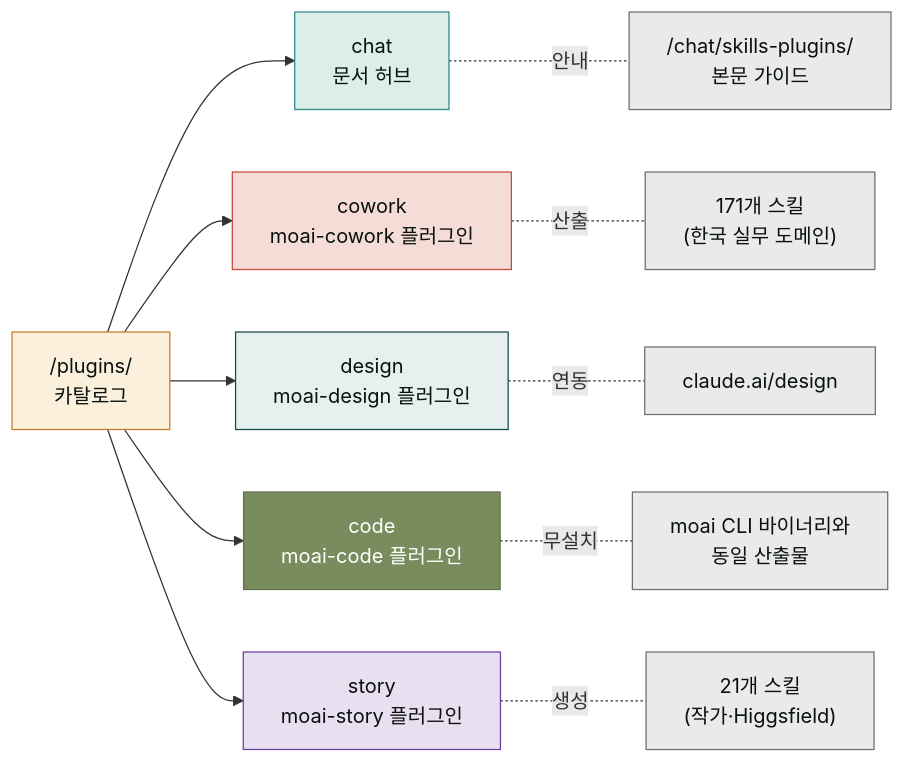
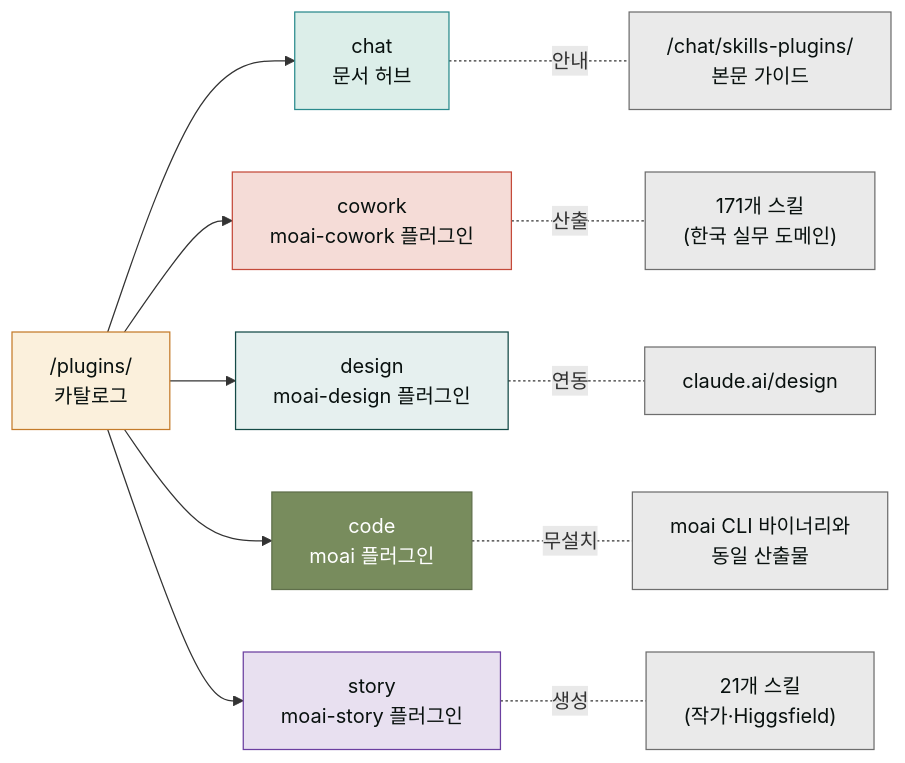
Before and after one commit to modu-ai/claude: the diagram in www/content/plugins/_index.md, drawn with Mermaid. The commit also changed other lines of this file and 31 other files, not shown here.

````diff
--- a/www/content/plugins/_index.md
+++ b/www/content/plugins/_index.md
@@ -17,26 +17,26 @@
 ```mermaid
 flowchart LR
     Root["/plugins/<br/>카탈로그"] --> Chat["chat<br/>문서 허브"]
     Root --> Cowork["cowork<br/>moai-cowork 플러그인"]
     Root --> Design["design<br/>moai-design 플러그인"]
-    Root --> Code["code<br/>moai-code 플러그인"]
+    Root --> Code["code<br/>moai 플러그인"]
     Root --> Story["story<br/>moai-story 플러그인"]
 
     Chat -. 안내 .- ChatFull["/chat/skills-plugins/<br/>본문 가이드"]
     Cowork -. 산출 .- CoworkSkills["171개 스킬<br/>(한국 실무 도메인)"]
     Story -. 생성 .- StorySkills["21개 스킬<br/>(작가·Higgsfield)"]
     Design -. 연동 .- ClaudeDesign["claude.ai/design"]
     Code -. 무설치 .- SameAs["moai CLI 바이너리와<br/>동일 산출물"]
 
     style Root fill:#fbf0dc,stroke:#c47b2a,color:#09110f
     style Chat fill:#dceee9,stroke:#2a8a8c,color:#09110f
     style Cowork fill:#f5dcd7,stroke:#c44a3a,color:#09110f
     style Design fill:#e6f0ef,stroke:#144a46,color:#09110f
     style Code fill:#788C5D,stroke:#5F6F4A,color:#FFFFFF
     style Story fill:#e8e0f0,stroke:#6b3fa0,color:#09110f
     style ChatFull fill:#eaeaea,stroke:#6e6e6e,color:#09110f
     style CoworkSkills fill:#eaeaea,stroke:#6e6e6e,color:#09110f
     style ClaudeDesign fill:#eaeaea,stroke:#6e6e6e,color:#09110f
     style SameAs fill:#eaeaea,stroke:#6e6e6e,color:#09110f
     style StorySkills fill:#eaeaea,stroke:#6e6e6e,color:#09110f
 ```
````
